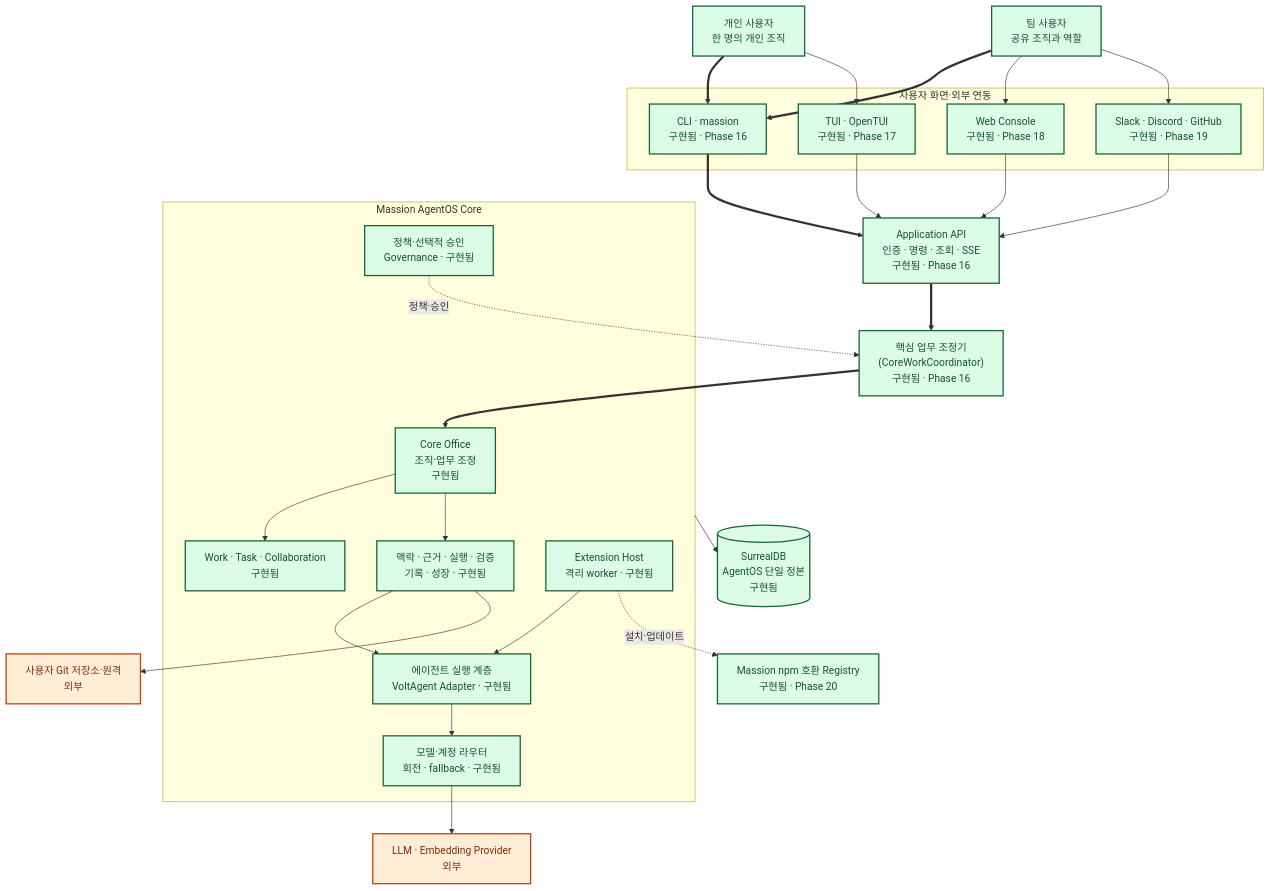
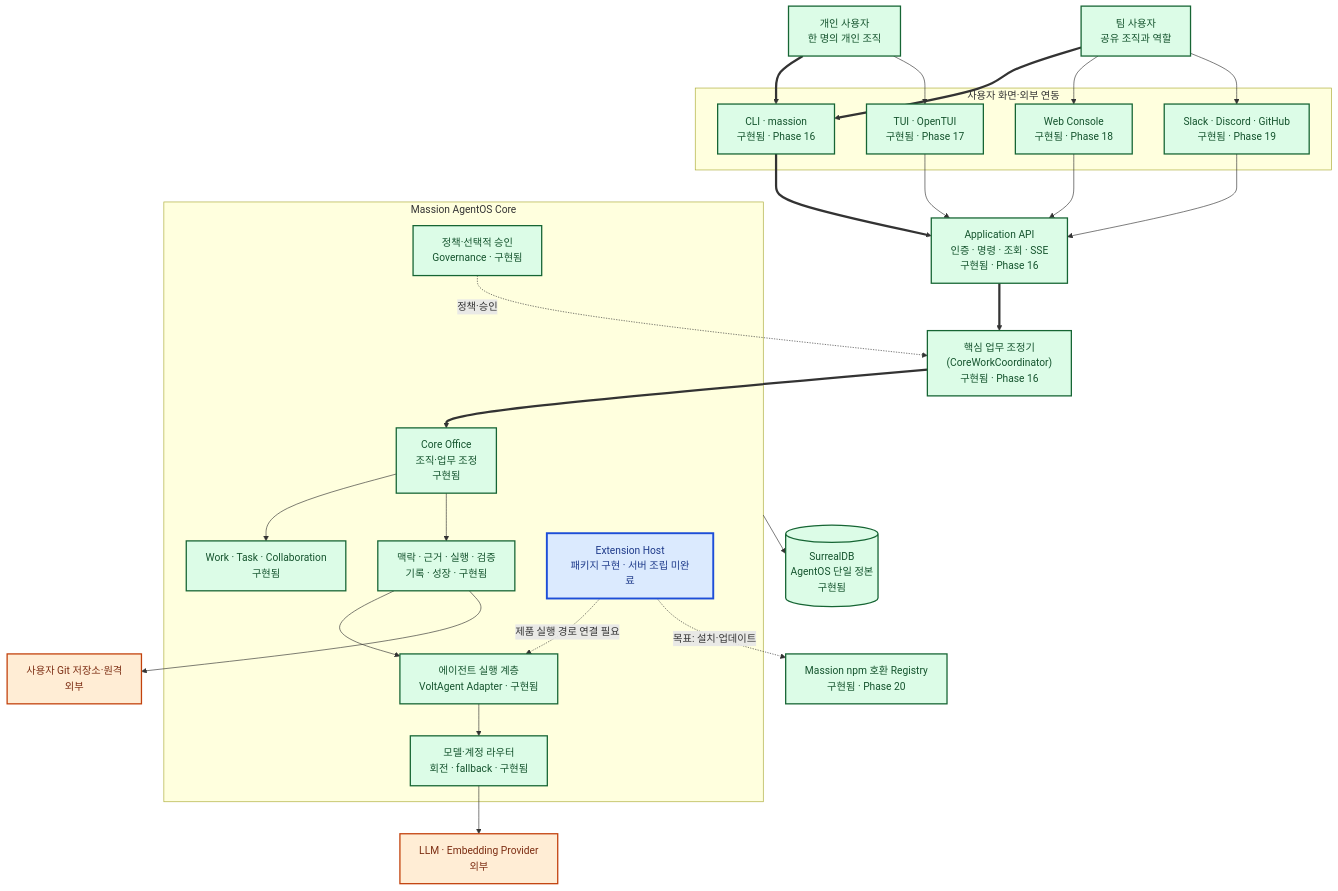
The first of 11 diagrams in docs/architecture/README.md (jabdori/massion), drawn with Mermaid before and after one commit. The commit also changed other lines of this file and 5 other files, not shown here.

````diff
--- a/docs/architecture/README.md
+++ b/docs/architecture/README.md
@@ -29,57 +31,57 @@
 ```mermaid
 flowchart TB
   classDef implemented fill:#dcfce7,stroke:#166534,color:#14532d,stroke-width:2px;
   classDef implementing fill:#dbeafe,stroke:#1d4ed8,color:#1e3a8a,stroke-width:3px;
   classDef planned fill:#f3f4f6,stroke:#6b7280,color:#374151,stroke-width:1px,stroke-dasharray:5 5;
   classDef external fill:#ffedd5,stroke:#c2410c,color:#7c2d12,stroke-width:2px;
 
   Person["개인 사용자<br/>한 명의 개인 조직"]:::implemented
   Team["팀 사용자<br/>공유 조직과 역할"]:::implemented
 
   subgraph Surfaces["사용자 화면·외부 연동"]
     CLI["CLI · massion<br/>구현됨 · Phase 16"]:::implemented
     TUI["TUI · OpenTUI<br/>구현됨 · Phase 17"]:::implemented
     Web["Web Console<br/>구현됨 · Phase 18"]:::implemented
     Channels["Slack · Discord · GitHub<br/>구현됨 · Phase 19"]:::implemented
   end
 
   API["Application API<br/>인증 · 명령 · 조회 · SSE<br/>구현됨 · Phase 16"]:::implemented
   Coordinator["핵심 업무 조정기<br/>(CoreWorkCoordinator)<br/>구현됨 · Phase 16"]:::implemented
 
   subgraph AgentOS["Massion AgentOS Core"]
     Office["Core Office<br/>조직·업무 조정<br/>구현됨"]:::implemented
     Work["Work · Task · Collaboration<br/>구현됨"]:::implemented
     Governance["정책·선택적 승인<br/>Governance · 구현됨"]:::implemented
     Intelligence["맥락 · 근거 · 실행 · 검증<br/>기록 · 성장 · 구현됨"]:::implemented
     Runtime["에이전트 실행 계층<br/>VoltAgent Adapter · 구현됨"]:::implemented
     Router["모델·계정 라우터<br/>회전 · fallback · 구현됨"]:::implemented
-    ExtHost["Extension Host<br/>격리 worker · 구현됨"]:::implemented
+    ExtHost["Extension Host<br/>패키지 구현 · 서버 조립 미완료"]:::implementing
   end
 
   DB[("SurrealDB<br/>AgentOS 단일 정본<br/>구현됨")]:::implemented
   Registry["Massion npm 호환 Registry<br/>구현됨 · Phase 20"]:::implemented
   Providers["LLM · Embedding Provider<br/>외부"]:::external
   Git["사용자 Git 저장소·원격<br/>외부"]:::external
 
   Person ==> CLI
   Team ==> CLI
   Person --> TUI
   Team --> Web
   Team --> Channels
   CLI ==> API
   TUI --> API
   Web --> API
   Channels --> API
   API ==> Coordinator
   Coordinator ==> Office
   Office --> Work
   Governance -. "정책·승인" .-> Coordinator
   Office --> Intelligence
   Intelligence --> Runtime
   Runtime --> Router
-  ExtHost --> Runtime
+  ExtHost -. "제품 실행 경로 연결 필요" .-> Runtime
   AgentOS --> DB
   Router --> Providers
-  ExtHost -. "설치·업데이트" .-> Registry
+  ExtHost -. "목표: 설치·업데이트" .-> Registry
   Intelligence --> Git
 ```
````
